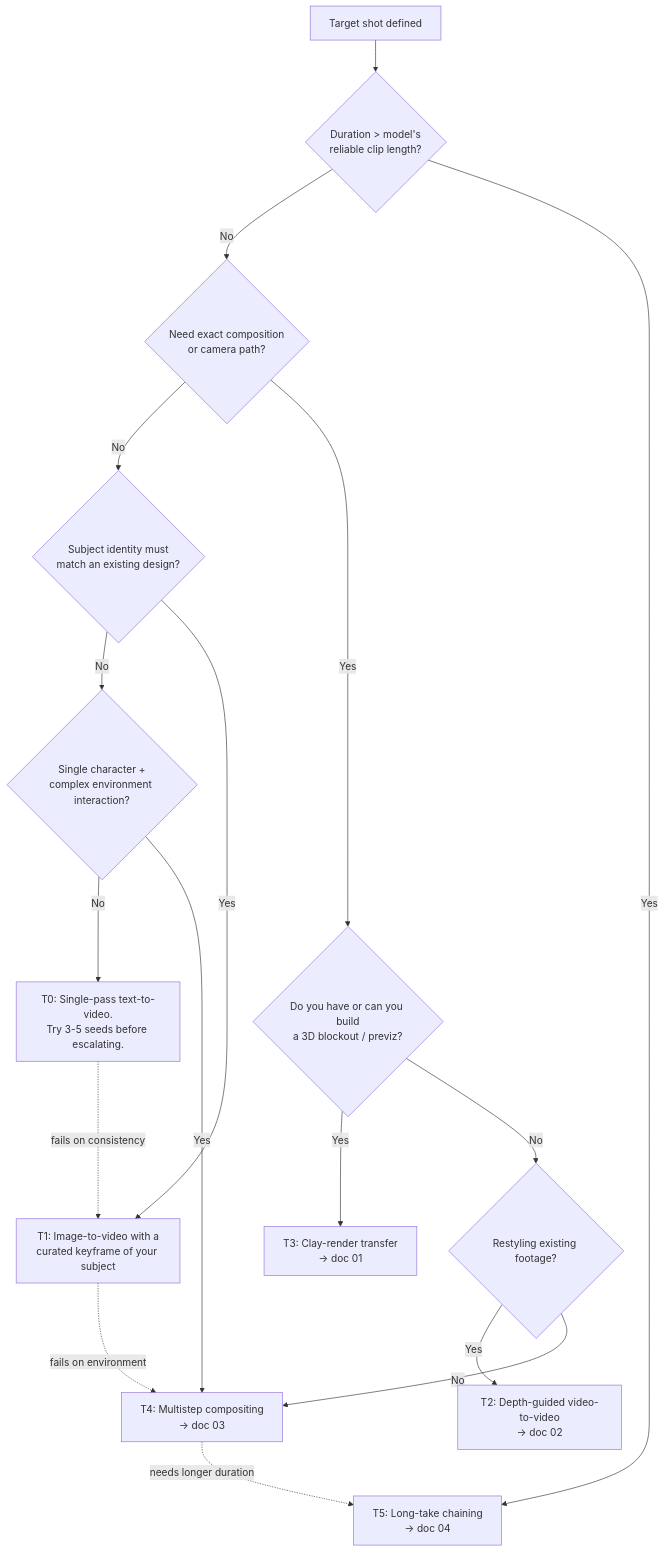
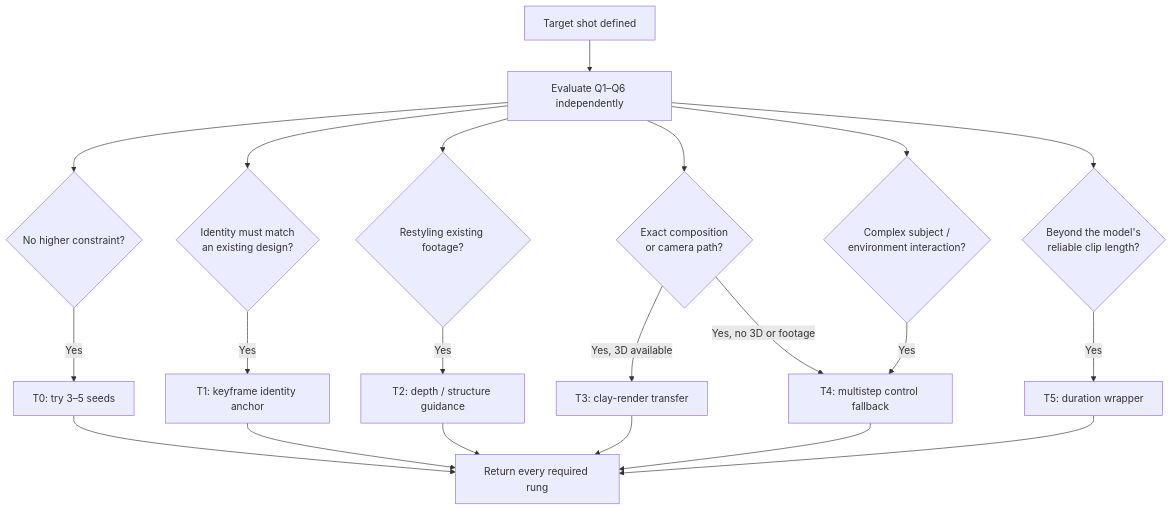
One commit to kwei-k/AIGC-Tech changed the diagram in docs/en/00-decision-framework.md. Above: the diagram before and after it, drawn with Mermaid. The commit also changed other lines of this file and 24 other files, not shown here.

````diff
--- a/docs/en/00-decision-framework.md
+++ b/docs/en/00-decision-framework.md
@@ -68,19 +74,23 @@
 ```mermaid
 flowchart TD
-    A[Target shot defined] --> B{Duration > model's<br/>reliable clip length?}
-    B -- No --> C{Need exact composition<br/>or camera path?}
-    B -- Yes --> T5[T5: Long-take chaining<br/>→ doc 04]
-    C -- No --> D{Subject identity must<br/>match an existing design?}
-    C -- Yes --> E{Do you have or can you build<br/>a 3D blockout / previz?}
-    D -- No --> F{Single character +<br/>complex environment interaction?}
-    D -- Yes --> G[T1: Image-to-video with a<br/>curated keyframe of your subject]
-    E -- Yes --> T3[T3: Clay-render transfer<br/>→ doc 01]
-    E -- No --> H{Restyling existing footage?}
-    H -- Yes --> T2[T2: Depth-guided video-to-video<br/>→ doc 02]
-    H -- No --> T4
-    F -- No --> T0[T0: Single-pass text-to-video.<br/>Try 3-5 seeds before escalating.]
-    F -- Yes --> T4[T4: Multistep compositing<br/>→ doc 03]
-    T0 -. fails on consistency .-> G
-    G -. fails on environment .-> T4
-    T4 -. needs longer duration .-> T5
+    A[Target shot defined] --> Q[Evaluate Q1–Q6 independently]
+    Q --> I{Identity must match<br/>an existing design?}
+    I -- Yes --> T1[T1: keyframe identity anchor]
+    Q --> S{Restyling existing footage?}
+    S -- Yes --> T2[T2: depth / structure guidance]
+    Q --> C{Exact composition<br/>or camera path?}
+    C -- Yes, 3D available --> T3[T3: clay-render transfer]
+    C -- Yes, no 3D or footage --> T4[T4: multistep control fallback]
+    Q --> X{Complex subject /<br/>environment interaction?}
+    X -- Yes --> T4
+    Q --> D{Beyond the model's<br/>reliable clip length?}
+    D -- Yes --> T5[T5: duration wrapper]
+    Q --> N{No higher constraint?}
+    N -- Yes --> T0[T0: try 3–5 seeds]
+    T0 --> O[Return every required rung]
+    T1 --> O
+    T2 --> O
+    T3 --> O
+    T4 --> O
+    T5 --> O
 ```
````
